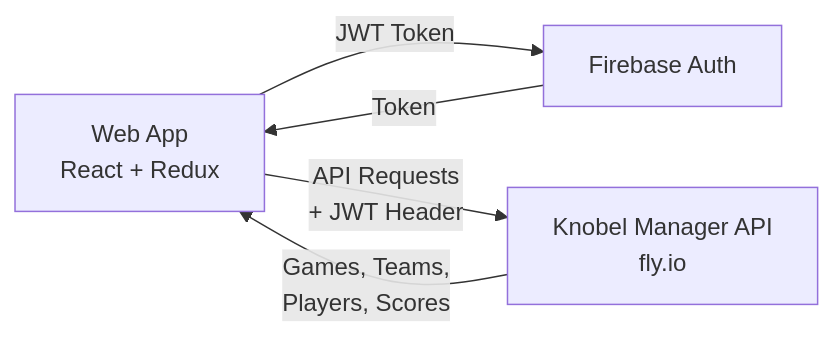
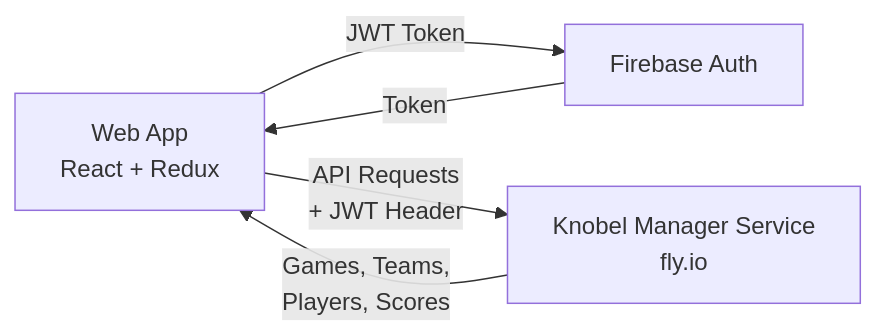
Before and after one commit to henok321/knobel-manager-app: the diagram in README.md, drawn with Mermaid. The commit also changed other lines of this file, not shown here.

Commit message:
docs: backend service reference

````diff
--- a/README.md
+++ b/README.md
@@ -7,7 +9,7 @@
 ```mermaid
 graph LR
     A[Web App<br/>React + Redux] -->|JWT Token| B[Firebase Auth]
-    A -->|API Requests<br/>+ JWT Header| C[Knobel Manager API<br/>fly.io]
+    A -->|API Requests<br/>+ JWT Header| C[Knobel Manager Service<br/>fly.io]
     B -->|Token| A
     C -->|Games, Teams,<br/>Players, Scores| A
 ```
````
